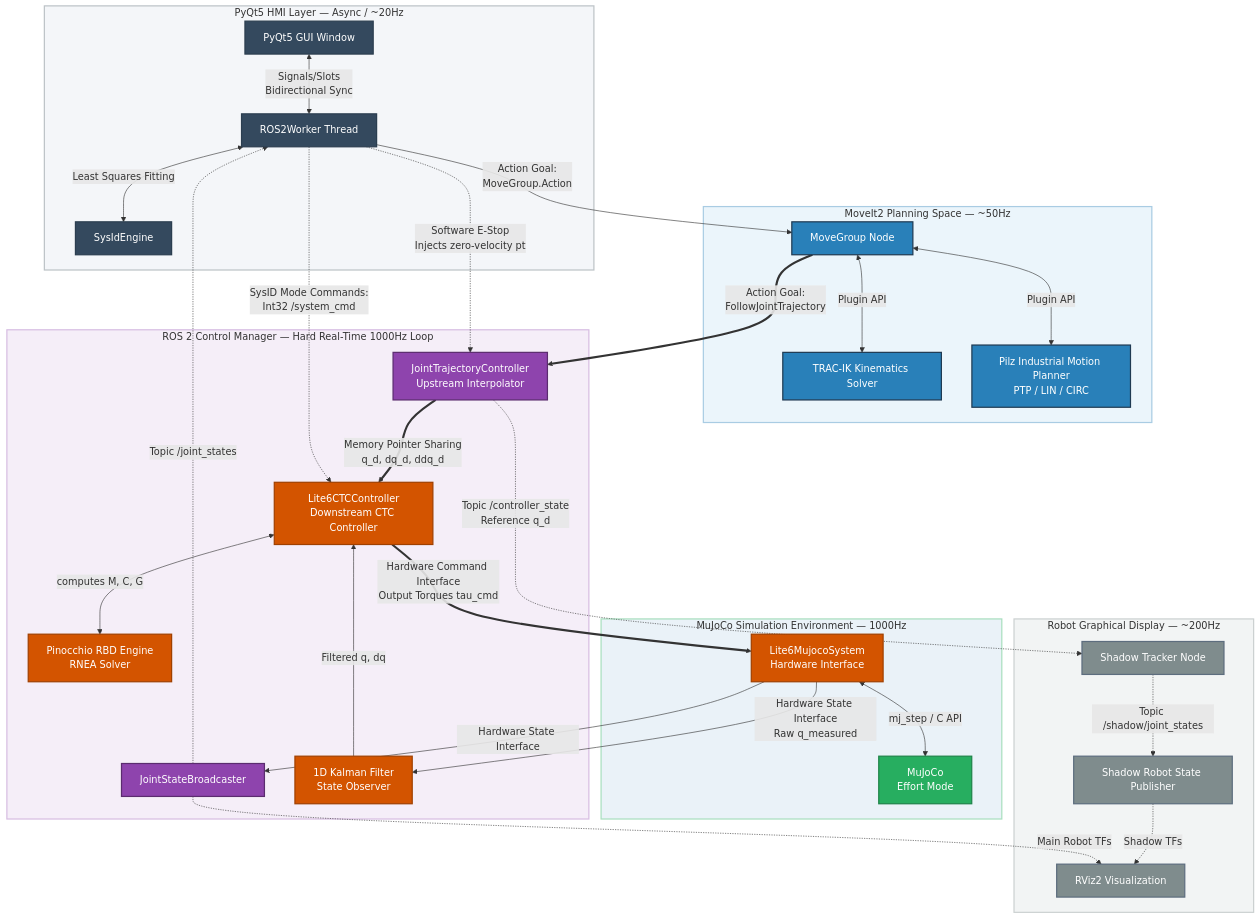
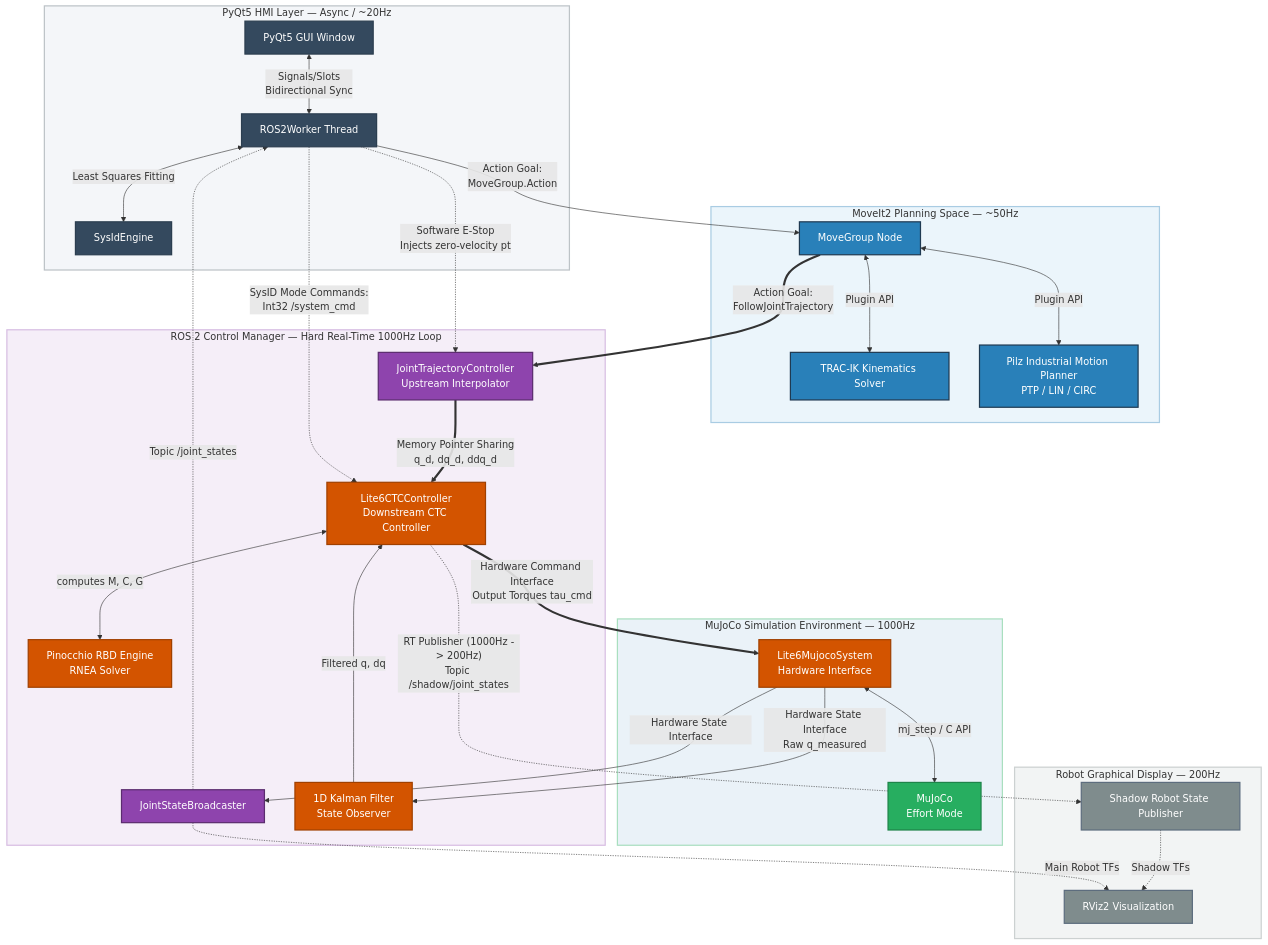
Before and after one commit to Tianyi-Wang-1206/ROS-2-Dynamics-Controller-for-Lightweight-6-Axis-Robotic-Arms: the diagram in README.md, drawn with Mermaid. The commit also changed other lines of this file, not shown here.

```diff
--- a/README.md
+++ b/README.md
@@ -82,8 +82,7 @@
     end
 
     %% Subgraph: Shadow Robot Twin (Visualization Helper)
-    subgraph Sub_Display [Robot Graphical Display — ~200Hz]
-        Tracker[Shadow Tracker Node]:::Util
+    subgraph Sub_Display [Robot Graphical Display — 200Hz]
         ShadowRSP[Shadow Robot State Publisher]:::Util
         RViz[RViz2 Visualization]:::Util
     end
@@ -102,9 +101,8 @@
     JSB -.->|Topic /joint_states| Worker
     Worker -.->|SysID Mode Commands:<br/>Int32 /system_cmd| CTC
     
-    %% Shadow Robot Flow
-    JTC -.->|Topic /controller_state<br/>Reference q_d| Tracker
-    Tracker -.->|Topic /shadow/joint_states| ShadowRSP
+    %% Shadow Robot Flow (Direct from CTC)
+    CTC -.->|"RT Publisher (1000Hz -> 200Hz)"<br/>Topic /shadow/joint_states| ShadowRSP
     ShadowRSP -.->|Shadow TFs| RViz
     JSB -.->|Main Robot TFs| RViz
 
```
